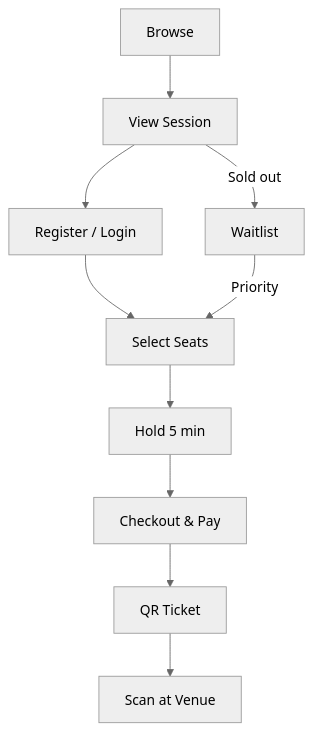
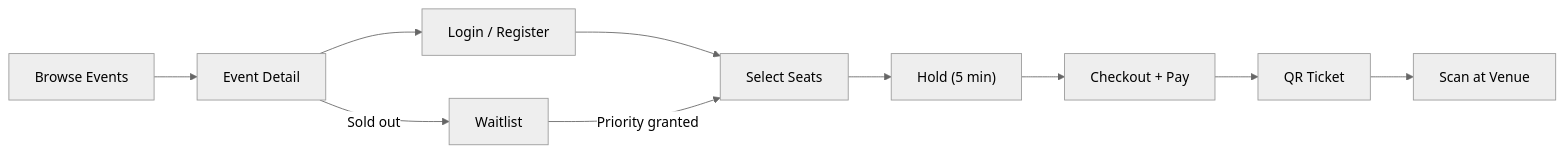
Before and after one commit to amal-sajeev/techtrek: the fourth of 18 diagrams in TechTrek_Documentation.qmd, drawn with Mermaid (neutral theme). The commit also changed other lines of this file and 39 other files, not shown here.

````diff
--- a/TechTrek_Documentation.qmd
+++ b/TechTrek_Documentation.qmd
@@ -102,12 +155,14 @@
 ```{mermaid}
-flowchart TB
-    Browse[Browse] --> Detail[View Session]
-    Detail --> Login[Register / Login]
+%%| fig-width: 6.3
+%%| fig-height: 2.5
+flowchart LR
+    Browse[Browse Events] --> Detail[Event Detail]
+    Detail --> Login[Login / Register]
     Login --> Seats[Select Seats]
-    Seats --> Hold[Hold 5 min]
-    Hold --> Pay[Checkout & Pay]
+    Seats --> Hold["Hold (5 min)"]
+    Hold --> Pay[Checkout + Pay]
     Pay --> Ticket[QR Ticket]
     Ticket --> CheckIn[Scan at Venue]
     Detail -->|Sold out| Wait[Waitlist]
-    Wait -->|Priority| Seats
+    Wait -->|Priority granted| Seats
 ```
````
